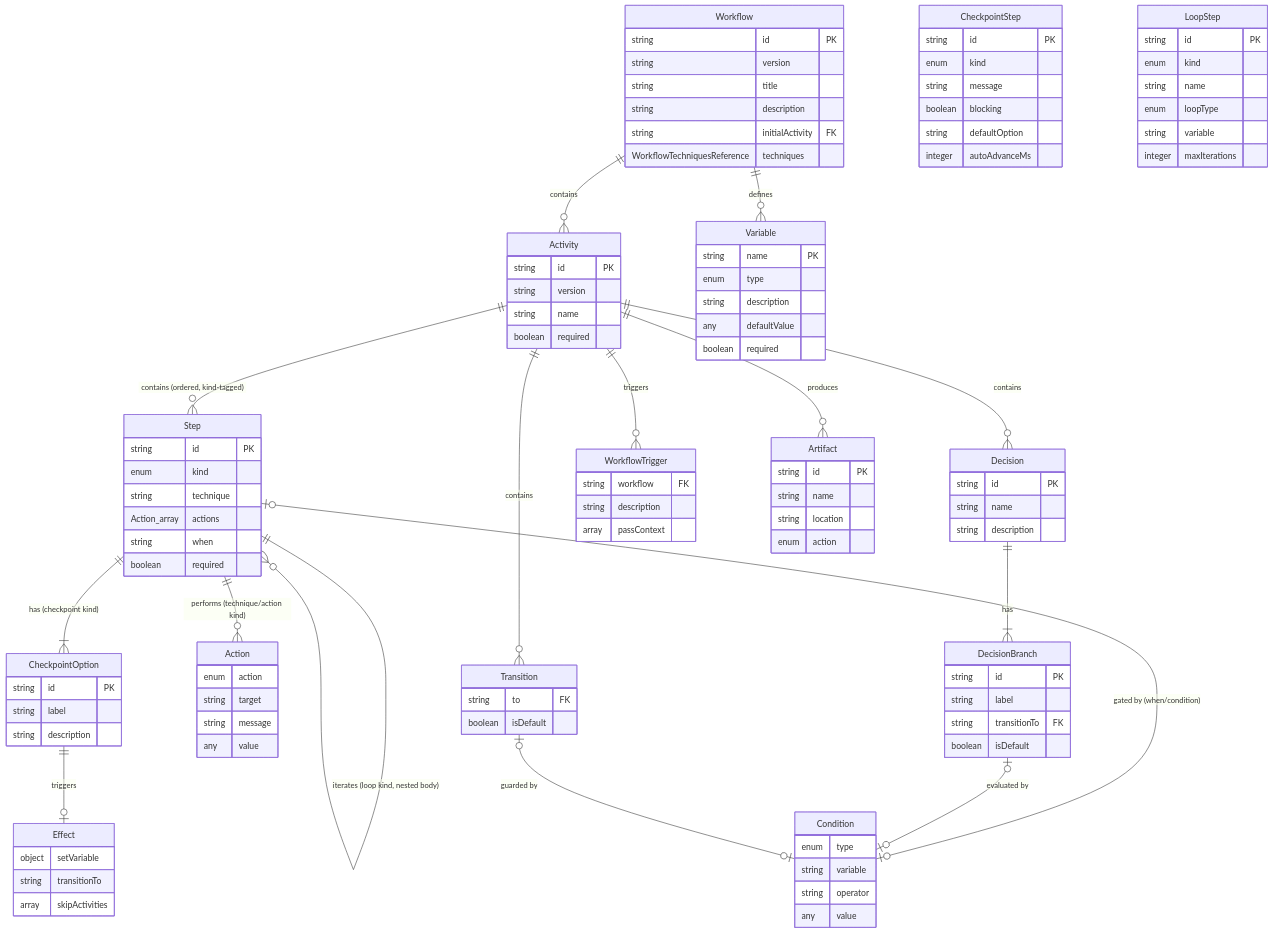
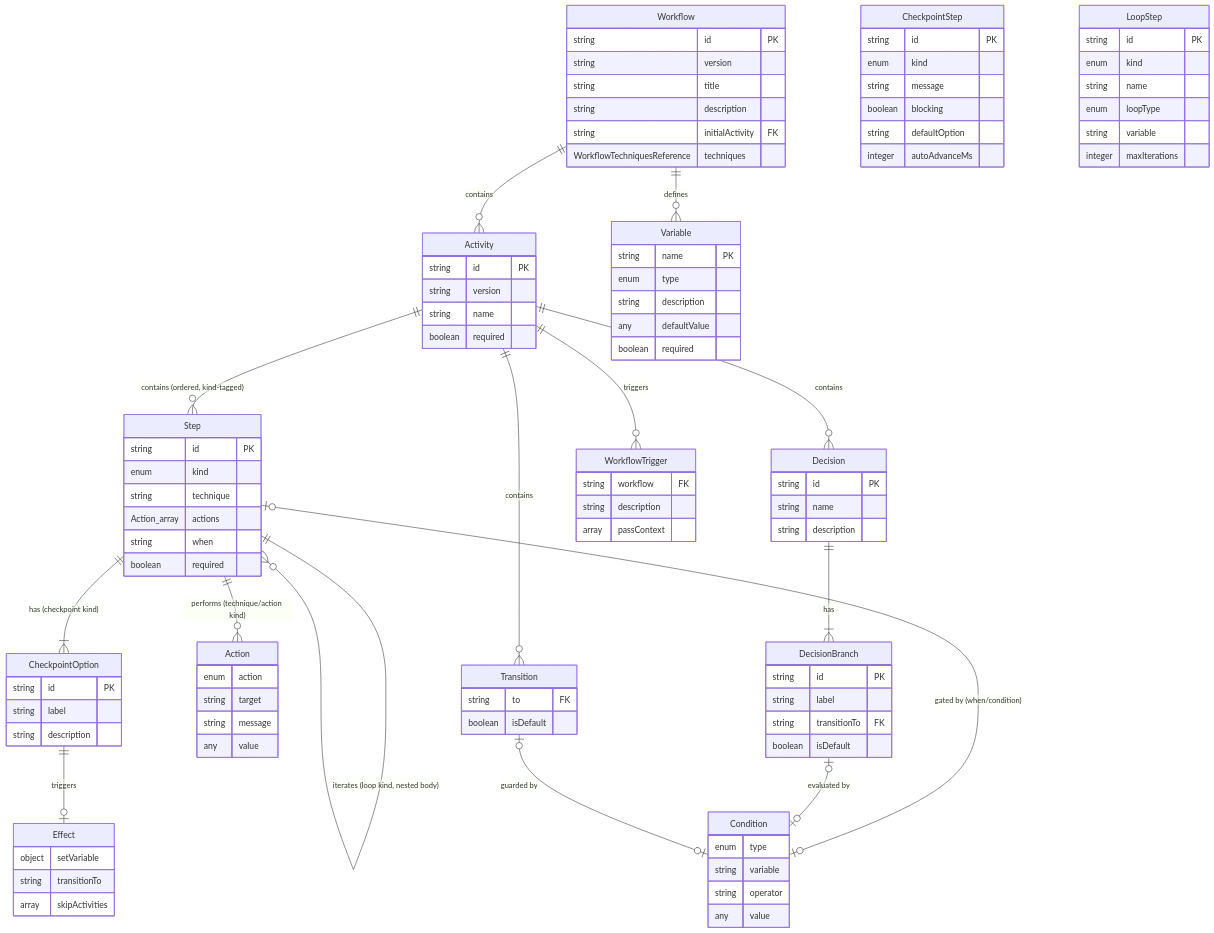
The third of 3 diagrams in schemas/README.md (m2ux/workflow-server), drawn with Mermaid before and after one commit. The commit also changed other lines of this file and 2 other files, not shown here.

First line of the commit message:
chore(schemas): sync generated schemas and README with the tightened Zod schema (#166 B4)

```diff
--- a/schemas/README.md
+++ b/schemas/README.md
@@ -135,7 +135,6 @@
     Activity ||--o{ Decision : contains
     Activity ||--o{ Transition : contains
     Activity ||--o{ WorkflowTrigger : triggers
-    Activity ||--o{ Artifact : produces
     
     Step ||--o{ Action : "performs (technique/action kind)"
     Step |o--o| Condition : "gated by (when/condition)"
@@ -162,13 +161,6 @@
         string version
         string name
         boolean required
-    }
-    
-    Artifact {
-        string id PK
-        string name
-        string location
-        enum action
     }
     
     Step {
```
